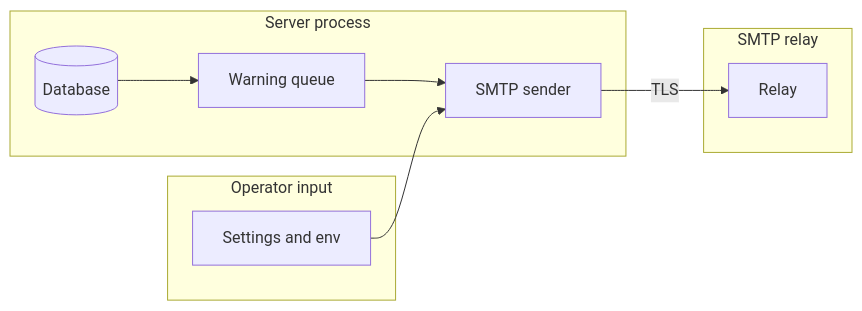
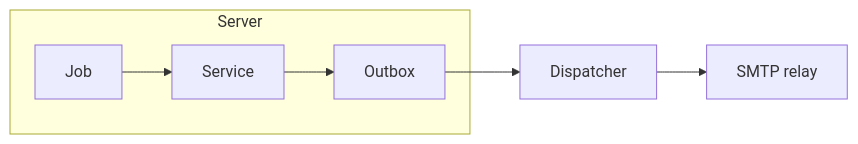
Before and after one commit to OpenDustpan/OpenDustpan: the second of 2 diagrams in openspec/changes/token-life-cycle-expiry-email-warning-email-queue/design.md, drawn with Mermaid. The commit also changed other lines of this file and 3 other files, not shown here.

First line of the commit message:
openspec: rewrite token-expiry warning email to reuse the notify outbox

````diff
--- a/openspec/changes/token-life-cycle-expiry-email-warning-email-queue/design.md
+++ b/openspec/changes/token-life-cycle-expiry-email-warning-email-queue/design.md
@@ -33,15 +85,7 @@
 ```mermaid
 flowchart LR
- subgraph Server[Server process]
- Q[Warning queue] --> S[SMTP sender]
- DB[(Database)] --> Q
- end
- subgraph Relay[SMTP relay]
- R[Relay]
- end
- subgraph Operator[Operator input]
- SET[Settings and env]
- end
- SET --> S
- S -->|TLS| R
+subgraph Server
+J[Job] --> S[Service] --> O[Outbox]
+end
+O --> D[Dispatcher] --> M[SMTP relay]
 ```
````
